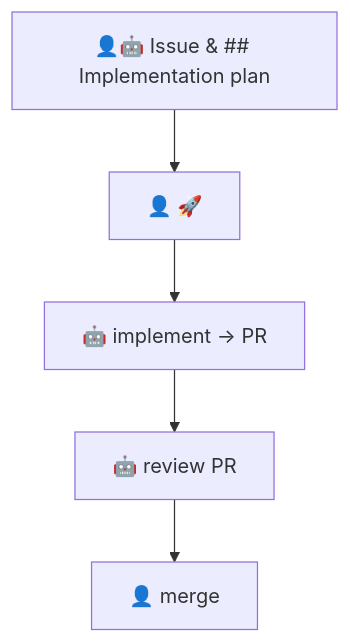
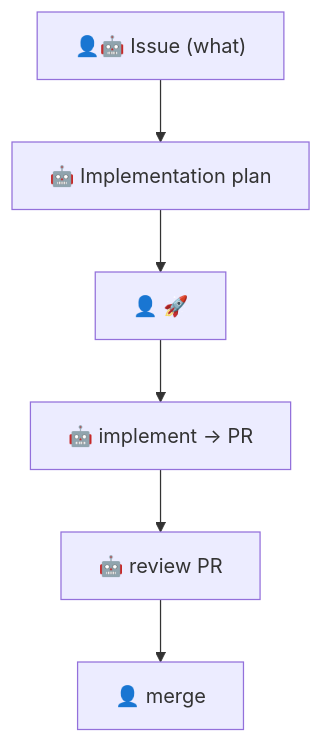
Before and after one commit to syakoo/syakoo-lab: the diagram in .cursor/rules/ai-workflow.mdc, drawn with Mermaid. The commit also changed 1 other file, not shown here.

Commit message:
docs: drop propose-feature-issue and clarify workflow diagram
Remove the discovery skill to keep issue = what and implementation plan as a separate pre-🚀 step.

````diff
--- a/.cursor/rules/ai-workflow.mdc
+++ b/.cursor/rules/ai-workflow.mdc
@@ -12,7 +12,8 @@
 ```mermaid
 flowchart TD
-  A["👤🤖 Issue & ## Implementation plan"] --> B["👤 🚀"]
-  B --> C["🤖 implement → PR"]
-  C --> D["🤖 review PR"]
-  D --> E["👤 merge"]
+  A["👤🤖 Issue (what)"] --> B["🤖 Implementation plan"]
+  B --> C["👤 🚀"]
+  C --> D["🤖 implement → PR"]
+  D --> E["🤖 review PR"]
+  E --> F["👤 merge"]
 ```
````
